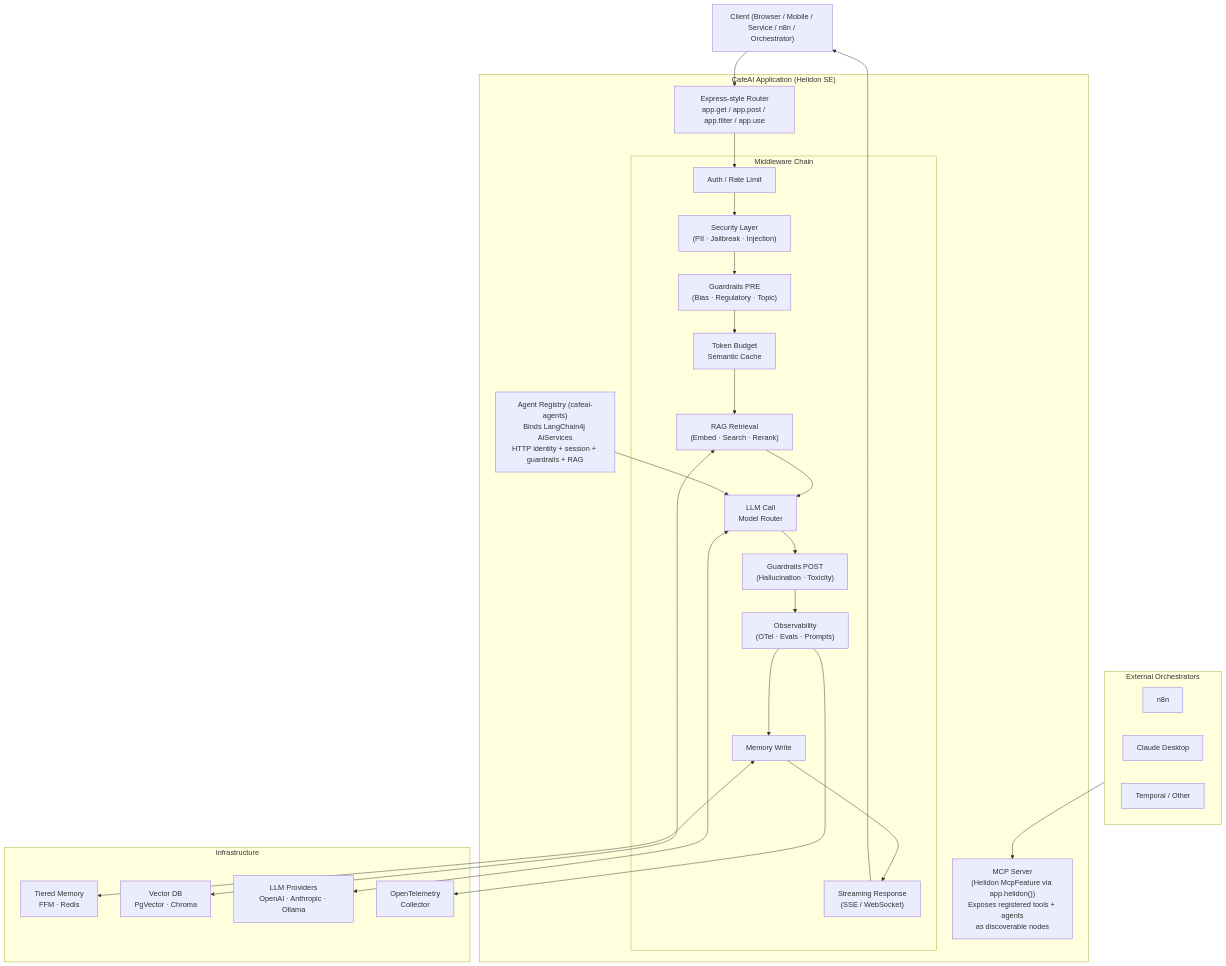
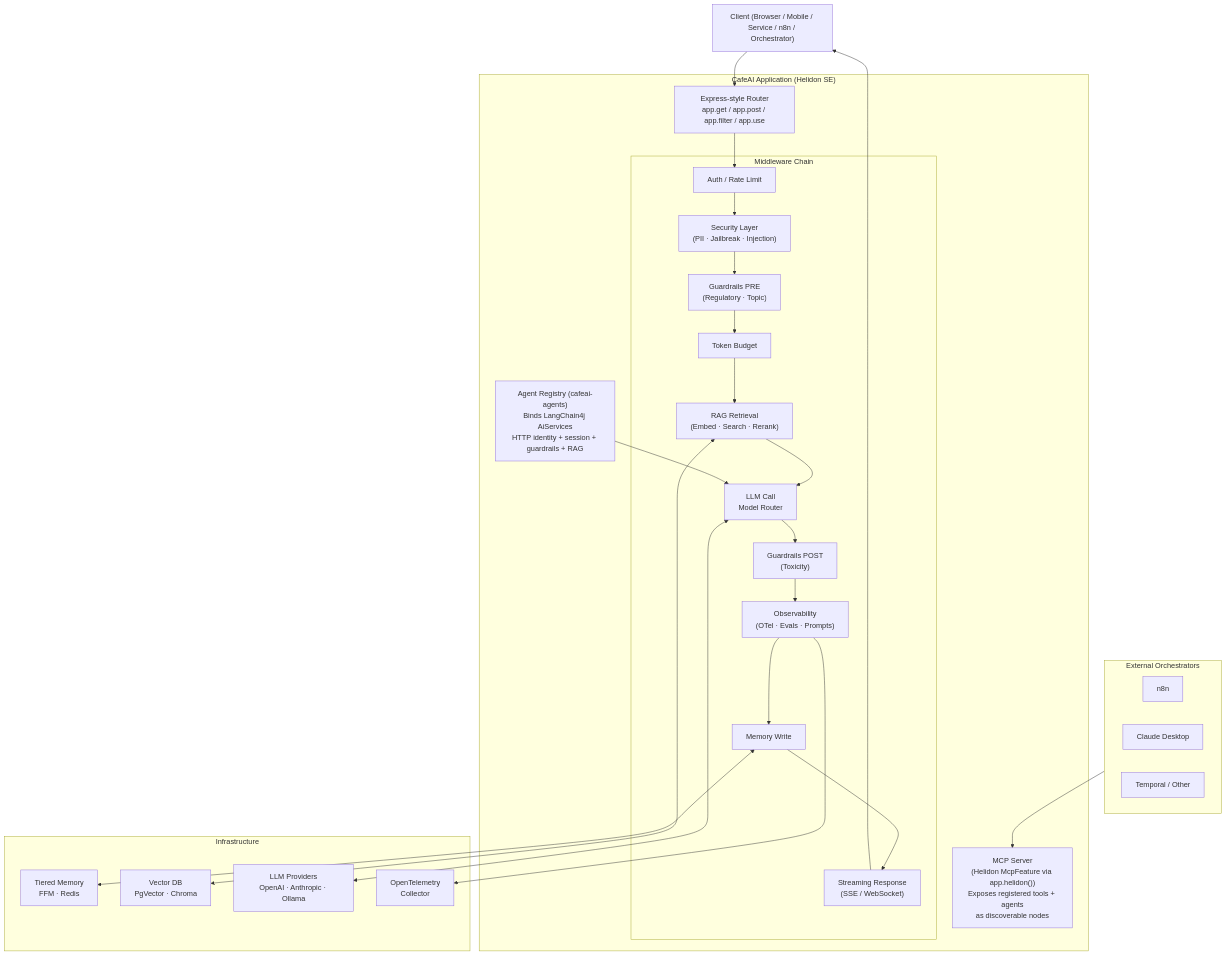
Before and after one commit to akilisha/cafeai: the diagram in docs/SPEC.md, drawn with Mermaid. The commit also changed other lines of this file and 27 other files, not shown here.

First line of the commit message:
fix(core)!: remove the pass-through guardrails and the semantic-cache remnants

````diff
--- a/docs/SPEC.md
+++ b/docs/SPEC.md
@@ -109,49 +107,49 @@
 ```mermaid
 graph TD
     Client["Client (Browser / Mobile / Service / n8n / Orchestrator)"]
 
     subgraph CafeAI["CafeAI Application (Helidon SE)"]
         Router["Express-style Router\napp.get / app.post / app.filter / app.use"]
 
         subgraph MW["Middleware Chain"]
             Auth["Auth / Rate Limit"]
             Security["Security Layer\n(PII · Jailbreak · Injection)"]
-            GuardPre["Guardrails PRE\n(Bias · Regulatory · Topic)"]
-            Cost["Token Budget\nSemantic Cache"]
+            GuardPre["Guardrails PRE\n(Regulatory · Topic)"]
+            Cost["Token Budget"]
             RAG["RAG Retrieval\n(Embed · Search · Rerank)"]
             LLM["LLM Call\nModel Router"]
-            GuardPost["Guardrails POST\n(Hallucination · Toxicity)"]
+            GuardPost["Guardrails POST\n(Toxicity)"]
             Observe["Observability\n(OTel · Evals · Prompts)"]
             MemWrite["Memory Write"]
             Stream["Streaming Response\n(SSE / WebSocket)"]
         end
 
         MCP["MCP Server\n(Helidon McpFeature via app.helidon())\nExposes registered tools + agents\nas discoverable nodes"]
         Agents["Agent Registry (cafeai-agents)\nBinds LangChain4j AiServices\nHTTP identity + session + guardrails + RAG"]
 
         Router --> Auth --> Security --> GuardPre --> Cost --> RAG --> LLM
         LLM --> GuardPost --> Observe --> MemWrite --> Stream
     end
 
     subgraph Infra["Infrastructure"]
         MemTier["Tiered Memory\nFFM · Redis"]
         VectorDB["Vector DB\nPgVector · Chroma"]
         Providers["LLM Providers\nOpenAI · Anthropic · Ollama"]
         OTel["OpenTelemetry\nCollector"]
     end
 
     subgraph External["External Orchestrators"]
         N8N["n8n"]
         Claude["Claude Desktop"]
         Temporal["Temporal / Other"]
     end
 
     Client --> Router
     Stream --> Client
     External --> MCP
     MemWrite <--> MemTier
     RAG <--> VectorDB
     LLM <--> Providers
     Observe --> OTel
     Agents --> LLM
 ```
````
